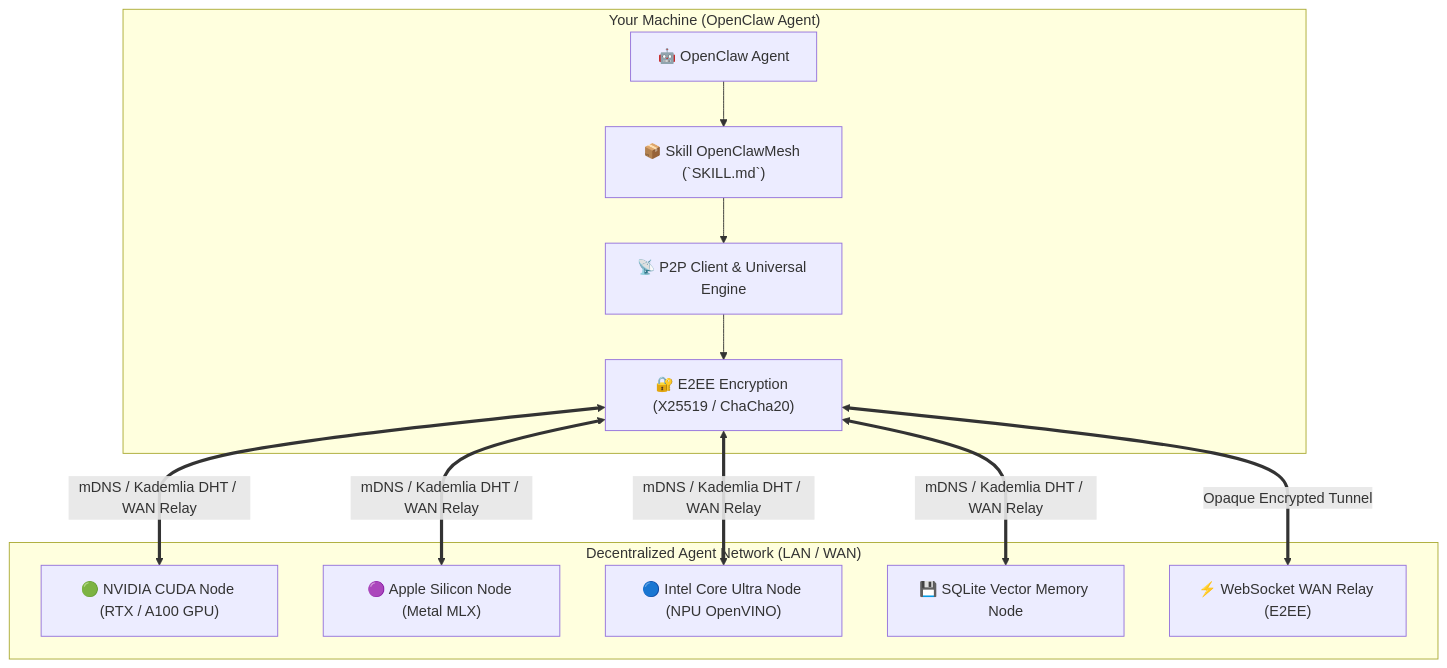
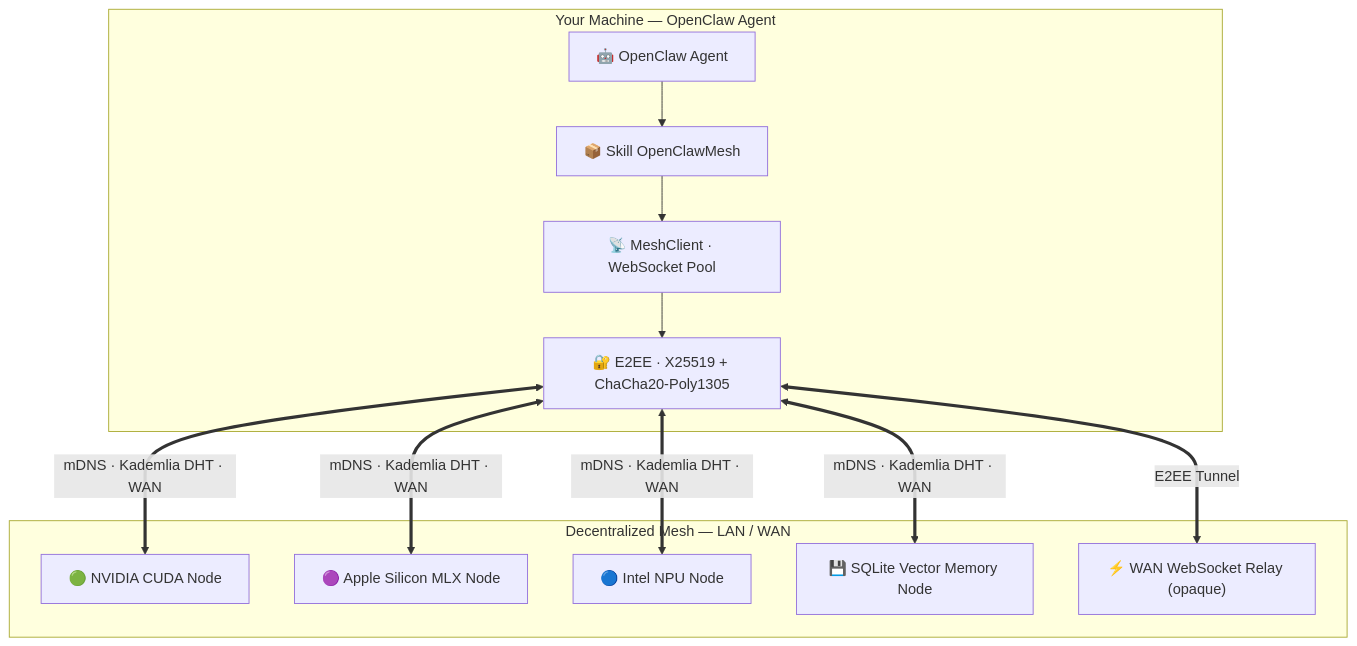
Before and after one commit to LeftenantZero/OpenClawSkillsMirror: the diagram in skills/samajesteduroyaume/openclawmesh/README.md, drawn with Mermaid. The commit also changed other lines of this file and 67 other files, not shown here.

````diff
--- a/skills/samajesteduroyaume/openclawmesh/README.md
+++ b/skills/samajesteduroyaume/openclawmesh/README.md
@@ -50,26 +81,24 @@
 ```mermaid
 graph TD
-    subgraph "Your Machine (OpenClaw Agent)"
+    subgraph "Your Machine — OpenClaw Agent"
         OC["🤖 OpenClaw Agent"]
-        SKILL["📦 Skill OpenClawMesh (`SKILL.md`)"]
-        Client["📡 P2P Client & Universal Engine"]
-        E2EE["🔐 E2EE Encryption (X25519 / ChaCha20)"]
-        OC --> SKILL
-        SKILL --> Client
-        Client --> E2EE
+        SKILL["📦 Skill OpenClawMesh"]
+        Client["📡 MeshClient · WebSocket Pool"]
+        E2EE["🔐 E2EE · X25519 + ChaCha20-Poly1305"]
+        OC --> SKILL --> Client --> E2EE
     end
 
-    subgraph "Decentralized Agent Network (LAN / WAN)"
-        Node1["🟢 NVIDIA CUDA Node (RTX / A100 GPU)"]
-        Node2["🟣 Apple Silicon Node (Metal MLX)"]
-        Node3["🔵 Intel Core Ultra Node (NPU OpenVINO)"]
-        Node4["💾 SQLite Vector Memory Node"]
-        Relay["⚡ WebSocket WAN Relay (E2EE)"]
+    subgraph "Decentralized Mesh — LAN / WAN"
+        N1["🟢 NVIDIA CUDA Node"]
+        N2["🟣 Apple Silicon MLX Node"]
+        N3["🔵 Intel NPU Node"]
+        N4["💾 SQLite Vector Memory Node"]
+        R["⚡ WAN WebSocket Relay (opaque)"]
     end
 
-    E2EE <== "mDNS / Kademlia DHT / WAN Relay" ==> Node1
-    E2EE <== "mDNS / Kademlia DHT / WAN Relay" ==> Node2
-    E2EE <== "mDNS / Kademlia DHT / WAN Relay" ==> Node3
-    E2EE <== "mDNS / Kademlia DHT / WAN Relay" ==> Node4
-    E2EE <== "Opaque Encrypted Tunnel" ==> Relay
+    E2EE <== "mDNS · Kademlia DHT · WAN" ==> N1
+    E2EE <== "mDNS · Kademlia DHT · WAN" ==> N2
+    E2EE <== "mDNS · Kademlia DHT · WAN" ==> N3
+    E2EE <== "mDNS · Kademlia DHT · WAN" ==> N4
+    E2EE <== "E2EE Tunnel" ==> R
 ```
````
